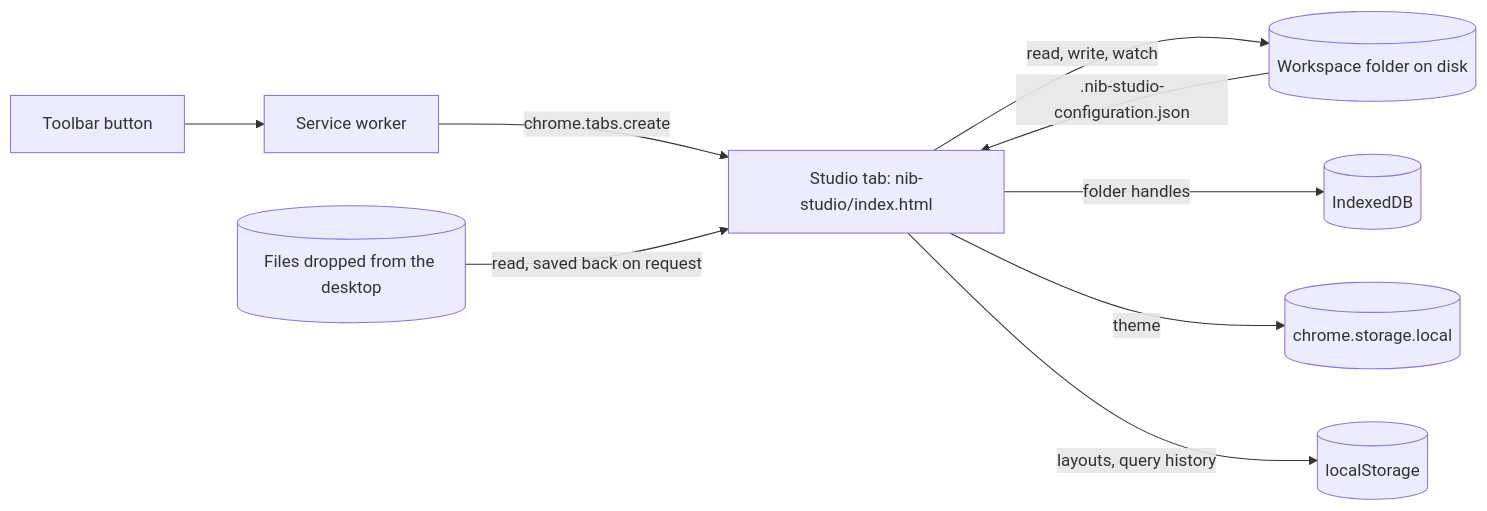
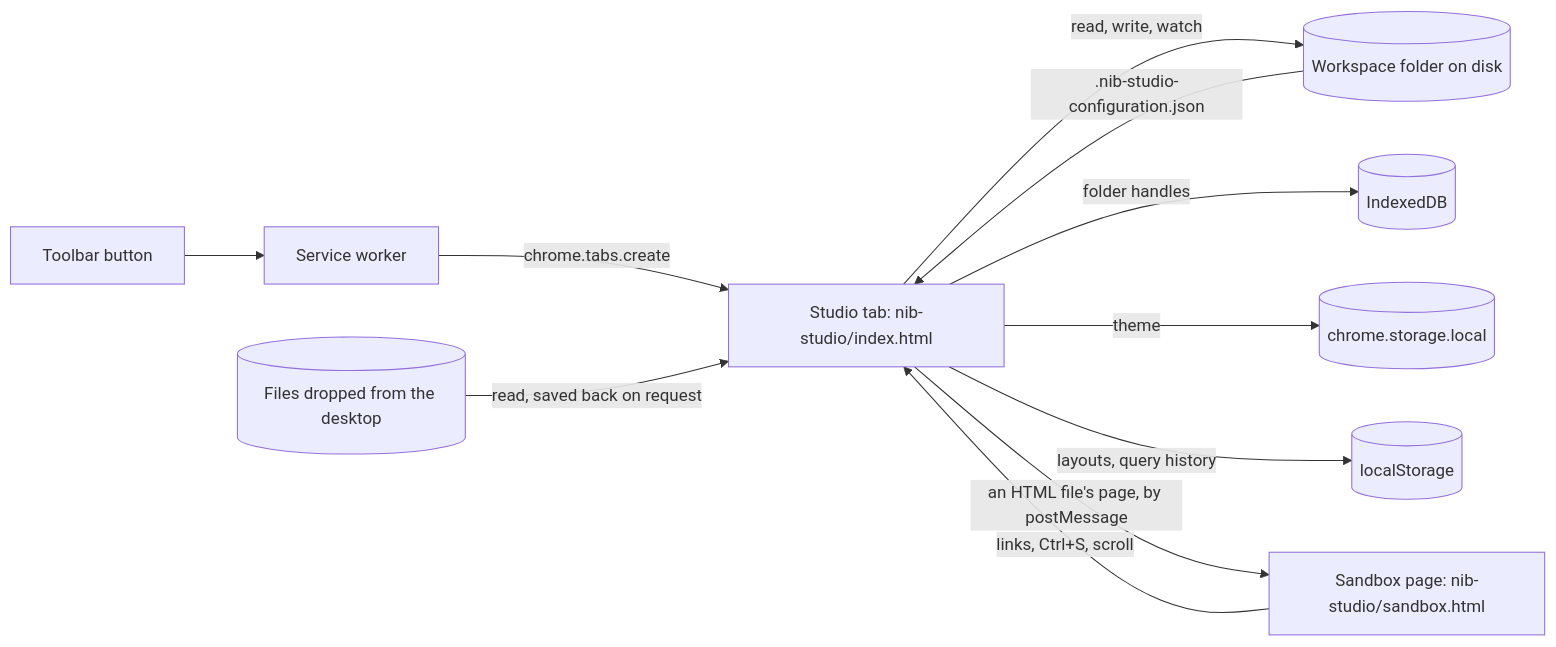
The first of 3 diagrams in docs/Overview.md (efthymios-ks/nib-studio-chrome-extension), drawn with Mermaid before and after one commit. The commit also changed other lines of this file and 208 other files, not shown here.

First line of the commit message:
feat: add workbook sheets, HTML page scripts, paste and copy

````diff
--- a/docs/Overview.md
+++ b/docs/Overview.md
@@ -13,11 +13,13 @@
 ```mermaid
 flowchart LR
     action["Toolbar button"] --> worker["Service worker"]
     worker -- "chrome.tabs.create" --> studio["Studio tab: nib-studio/index.html"]
     studio -- "read, write, watch" --> folder[("Workspace folder on disk")]
     studio -- "folder handles" --> idb[("IndexedDB")]
     studio -- "theme" --> storage[("chrome.storage.local")]
     studio -- "layouts, query history" --> local[("localStorage")]
     folder -- ".nib-studio-configuration.json" --> studio
     dropped[("Files dropped from the desktop")] -- "read, saved back on request" --> studio
+    studio -- "an HTML file's page, by postMessage" --> sandbox["Sandbox page: nib-studio/sandbox.html"]
+    sandbox -- "links, Ctrl+S, scroll" --> studio
 ```
````
